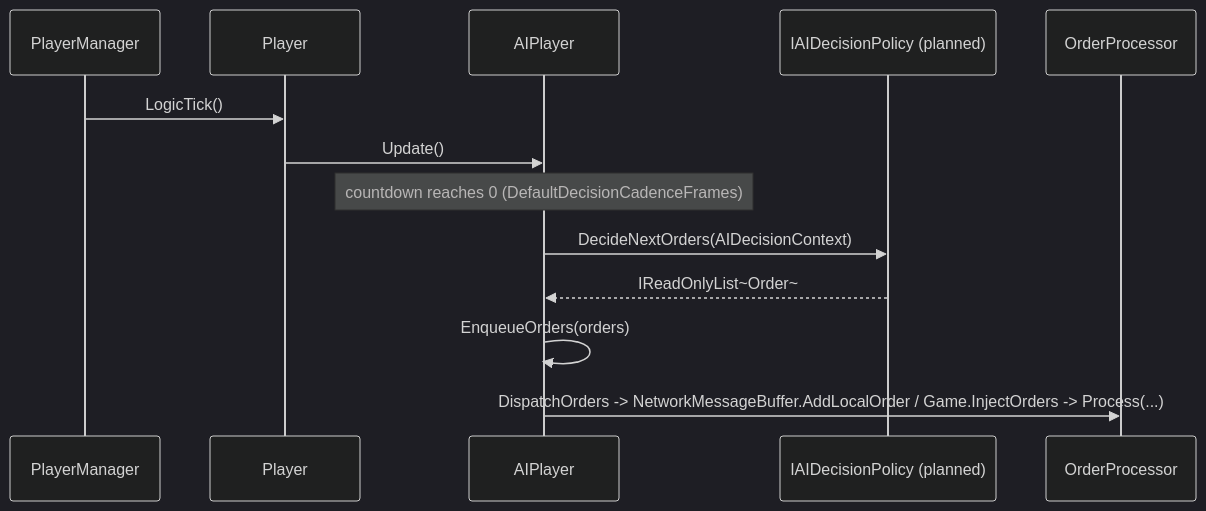
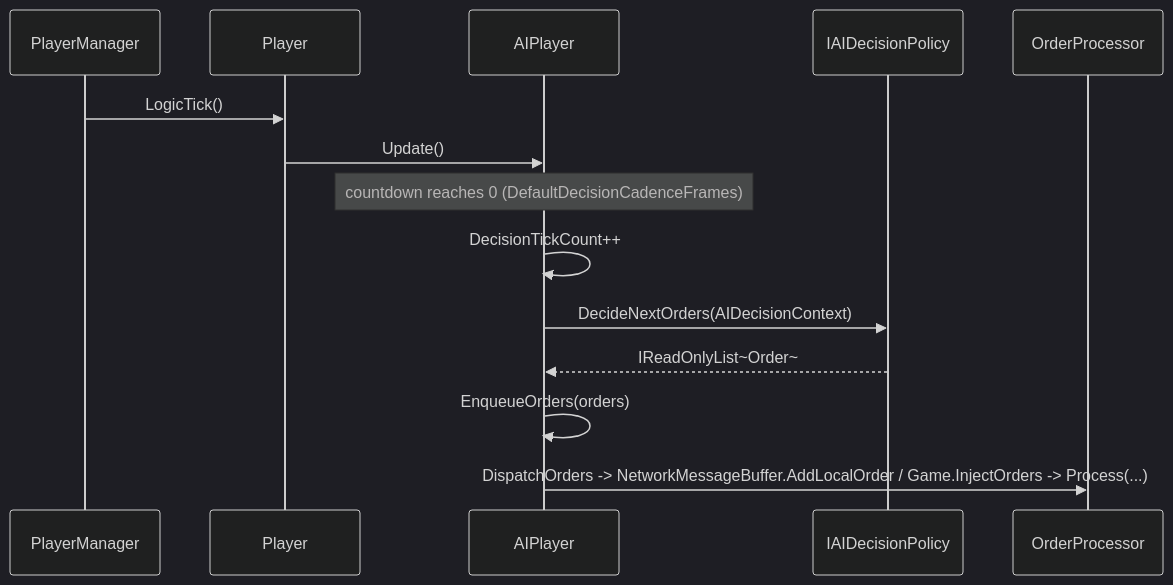
One commit to rmessinger/Panopticon changed the second of 2 diagrams in docs/roadmap/deep-dives/a4-pluggable-ai.md. Above: the diagram before and after it, drawn with Mermaid (dark theme). The commit also changed other lines of this file and 23 other files, not shown here.

First line of the commit message:
Track A: A4 AI decision policy seam (WI-A4-01..04)

````diff
--- a/docs/roadmap/deep-dives/a4-pluggable-ai.md
+++ b/docs/roadmap/deep-dives/a4-pluggable-ai.md
@@ -254,16 +251,17 @@
 ```mermaid
 sequenceDiagram
   participant PM as PlayerManager
   participant P as Player
   participant AP as AIPlayer
-  participant Pol as IAIDecisionPolicy (planned)
+  participant Pol as IAIDecisionPolicy
   participant OP as OrderProcessor
 
   PM->>P: LogicTick()
   P->>AP: Update()
   Note over AP: countdown reaches 0 (DefaultDecisionCadenceFrames)
+  AP->>AP: DecisionTickCount++
   AP->>Pol: DecideNextOrders(AIDecisionContext)
   Pol-->>AP: IReadOnlyList~Order~
   AP->>AP: EnqueueOrders(orders)
   AP->>OP: DispatchOrders -> NetworkMessageBuffer.AddLocalOrder / Game.InjectOrders -> Process(...)
 ```
````
